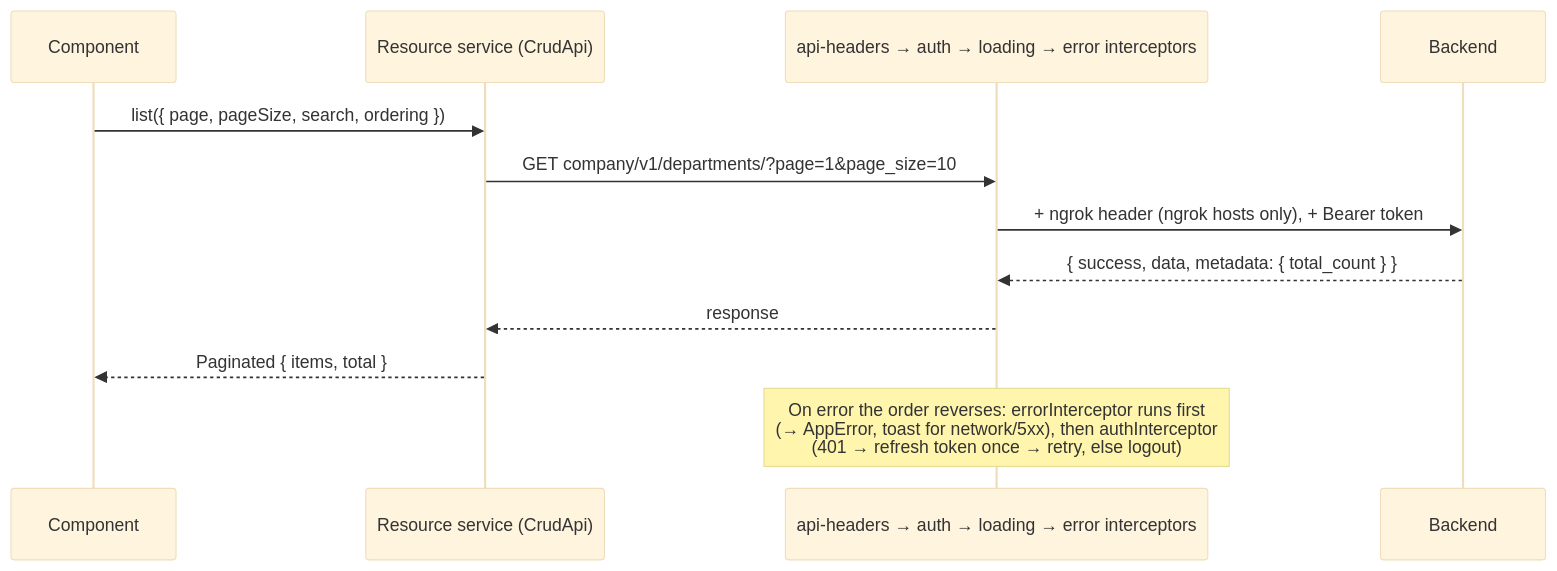
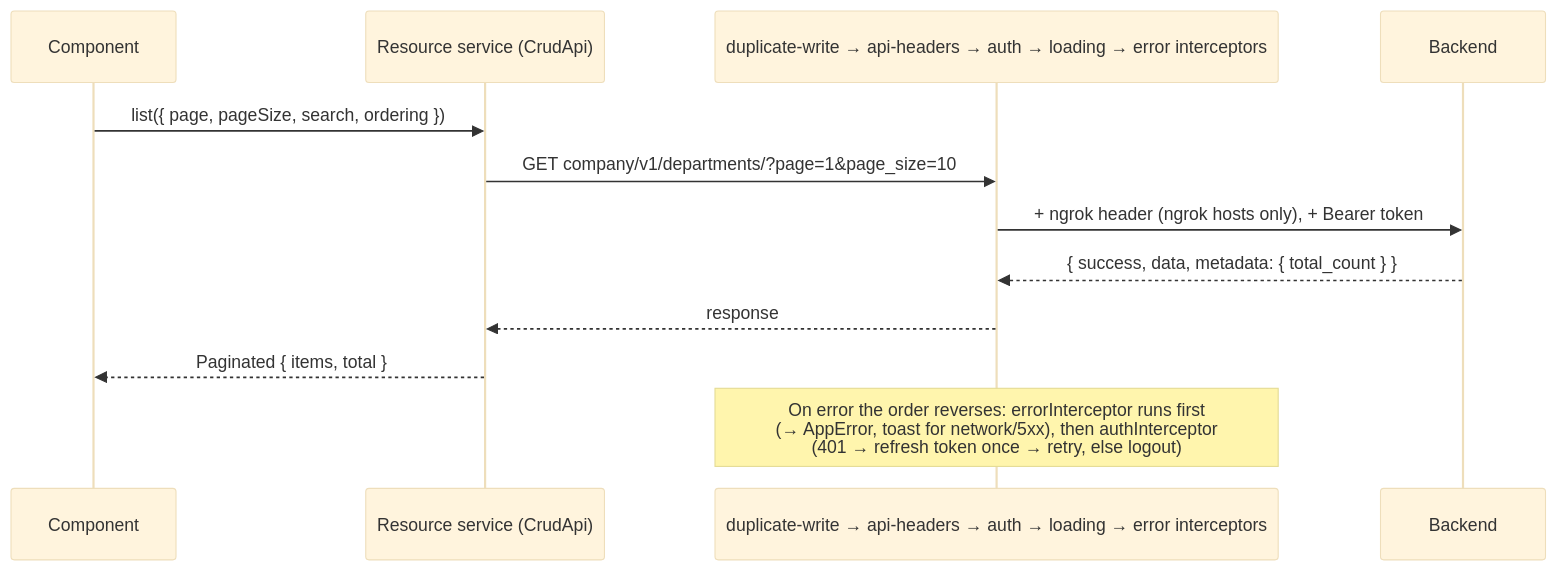
Before and after one commit to mohamed-elhelely/tanzim-frontend: the second of 4 diagrams in docs/CODE_MAP.md, drawn with Mermaid (base theme). The commit also changed other lines of this file and 3 other files, not shown here.

````diff
--- a/docs/CODE_MAP.md
+++ b/docs/CODE_MAP.md
@@ -58,15 +58,15 @@
 ```mermaid
 sequenceDiagram
     participant C as Component
     participant S as Resource service (CrudApi)
-    participant H as api-headers → auth → loading → error interceptors
+    participant H as duplicate-write → api-headers → auth → loading → error interceptors
     participant B as Backend
 
     C->>S: list({ page, pageSize, search, ordering })
     S->>H: GET company/v1/departments/?page=1&page_size=10
     H->>B: + ngrok header (ngrok hosts only), + Bearer token
     B-->>H: { success, data, metadata: { total_count } }
     H-->>S: response
     S-->>C: Paginated { items, total }
     Note over H: On error the order reverses: errorInterceptor runs first<br/>(→ AppError, toast for network/5xx), then authInterceptor<br/>(401 → refresh token once → retry, else logout)
 ```
````
